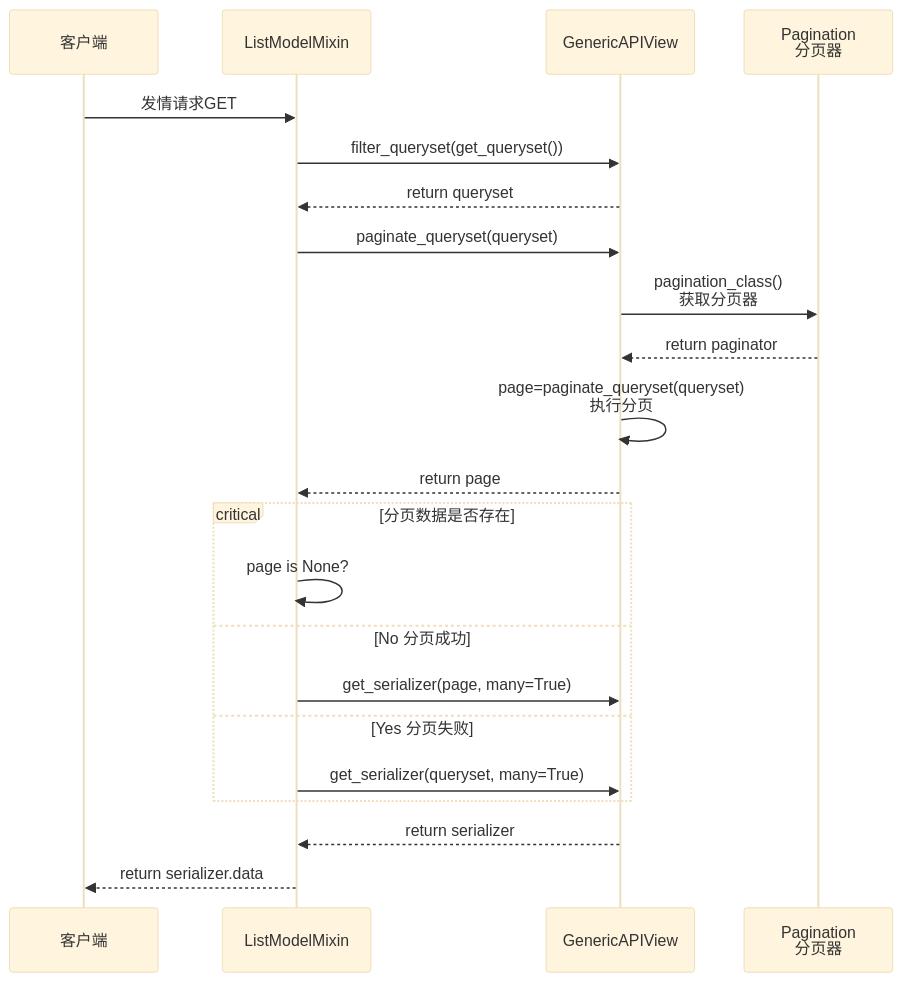
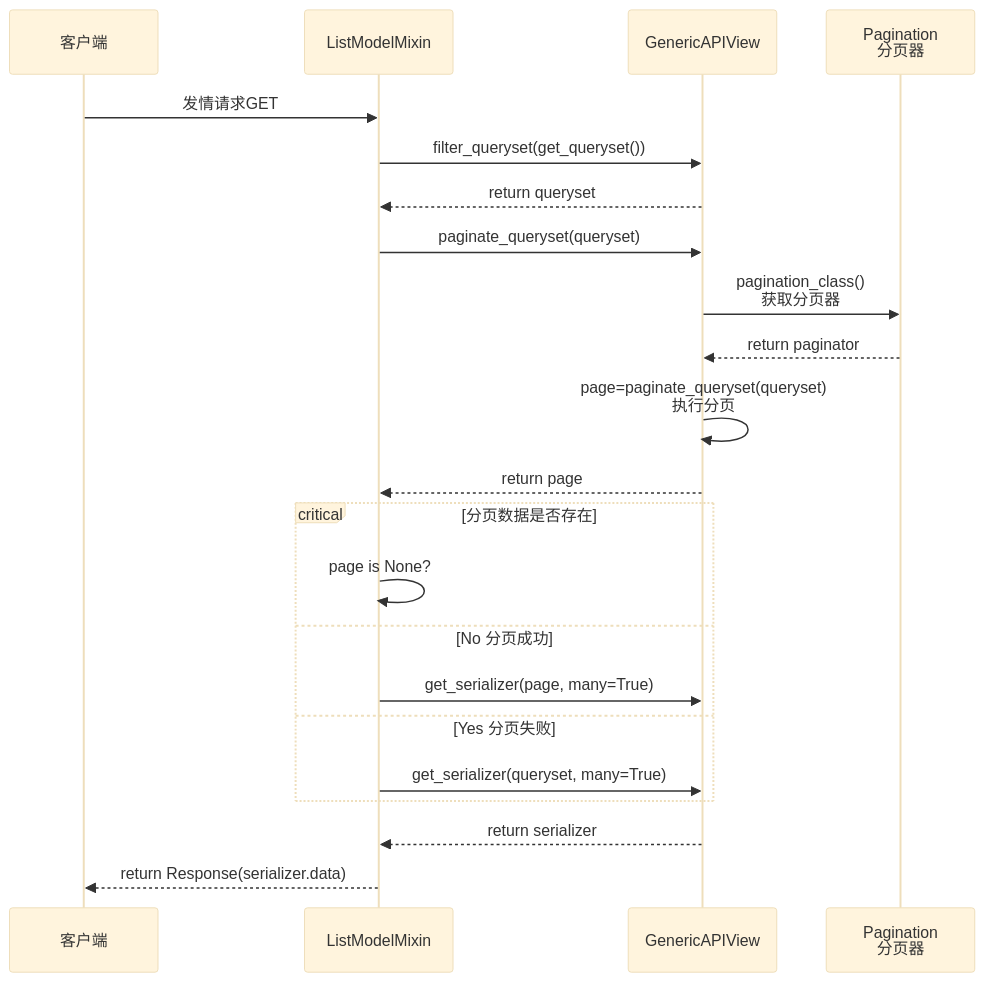
The fifth of 8 diagrams in docs/diagram/Views.md (HACK-WU/django-rest-framework), drawn with Mermaid (base theme) before and after one commit. The commit also changed other lines of this file and 1 other file, not shown here.

Commit message:
feat: 添加GenericAPIView 相关图解

````diff
--- a/docs/diagram/Views.md
+++ b/docs/diagram/Views.md
@@ -110,26 +86,26 @@
 ```mermaid
 sequenceDiagram
     participant C as 客户端
     participant A as ListModelMixin
     participant B as GenericAPIView
     participant F as Pagination<br>分页器
     C ->> A: 发情请求GET
     A ->> B: filter_queryset(get_queryset())
     B -->> A: return queryset
     A ->> B: paginate_queryset(queryset)
     B ->> F: pagination_class()<br>获取分页器
     F -->> B: return paginator
     B ->> B: page=paginate_queryset(queryset)<br>执行分页
     B -->> A: return page
 
     critical 分页数据是否存在
         A ->> A: page is None?
 
     option No 分页成功
         A ->> B: get_serializer(page, many=True)
     option Yes 分页失败
         A ->> B: get_serializer(queryset, many=True)
     end
     B -->> A: return serializer
-    A -->> C: return serializer.data
+    A -->> C: return Response(serializer.data)
 ```
````
